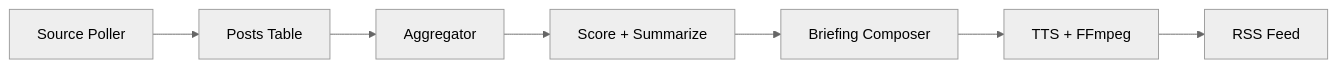
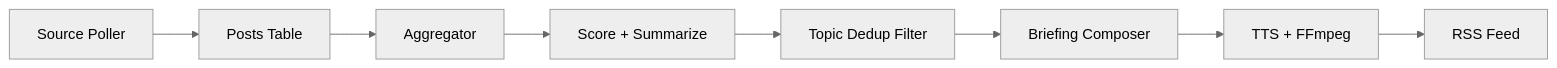
Before and after one commit to sourcelabs-nl/ai-summary-podcast: the diagram in README.md, drawn with Mermaid (neutral theme). The commit also changed other lines of this file, not shown here.

````diff
--- a/README.md
+++ b/README.md
@@ -7,9 +7,10 @@
 ```mermaid
 flowchart LR
     A[Source Poller] --> B[Posts Table]
     B --> C[Aggregator]
     C --> D[Score + Summarize]
-    D --> E[Briefing Composer]
-    E --> F[TTS + FFmpeg]
-    F --> G[RSS Feed]
+    D --> E[Topic Dedup Filter]
+    E --> F[Briefing Composer]
+    F --> G[TTS + FFmpeg]
+    G --> H[RSS Feed]
 ```
````
